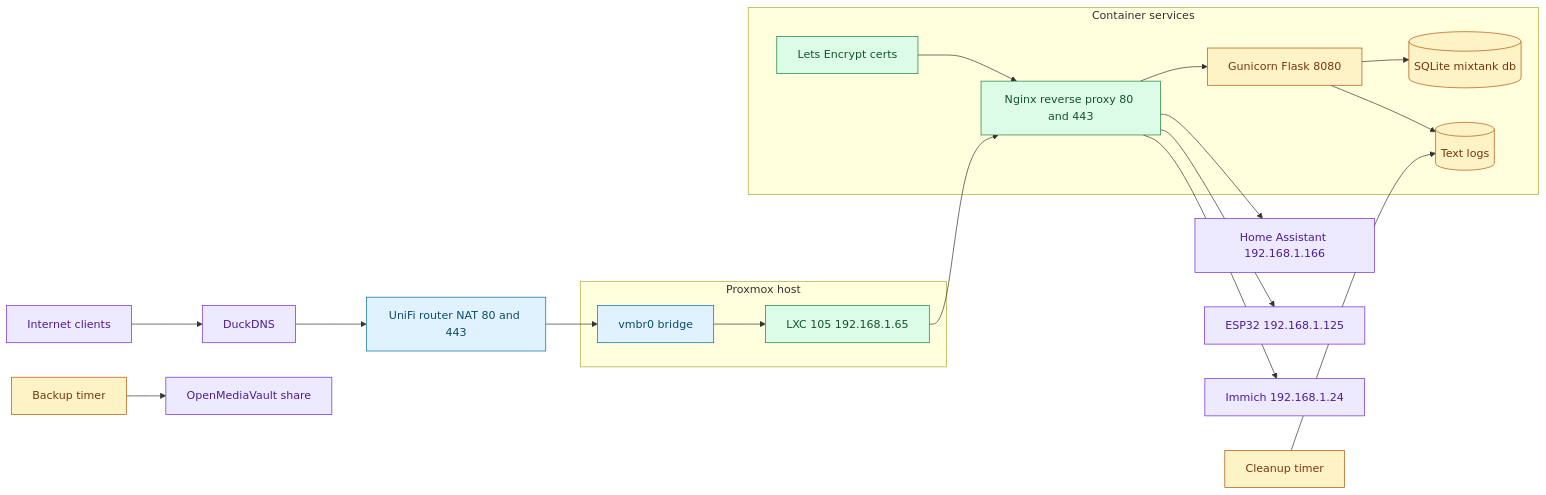
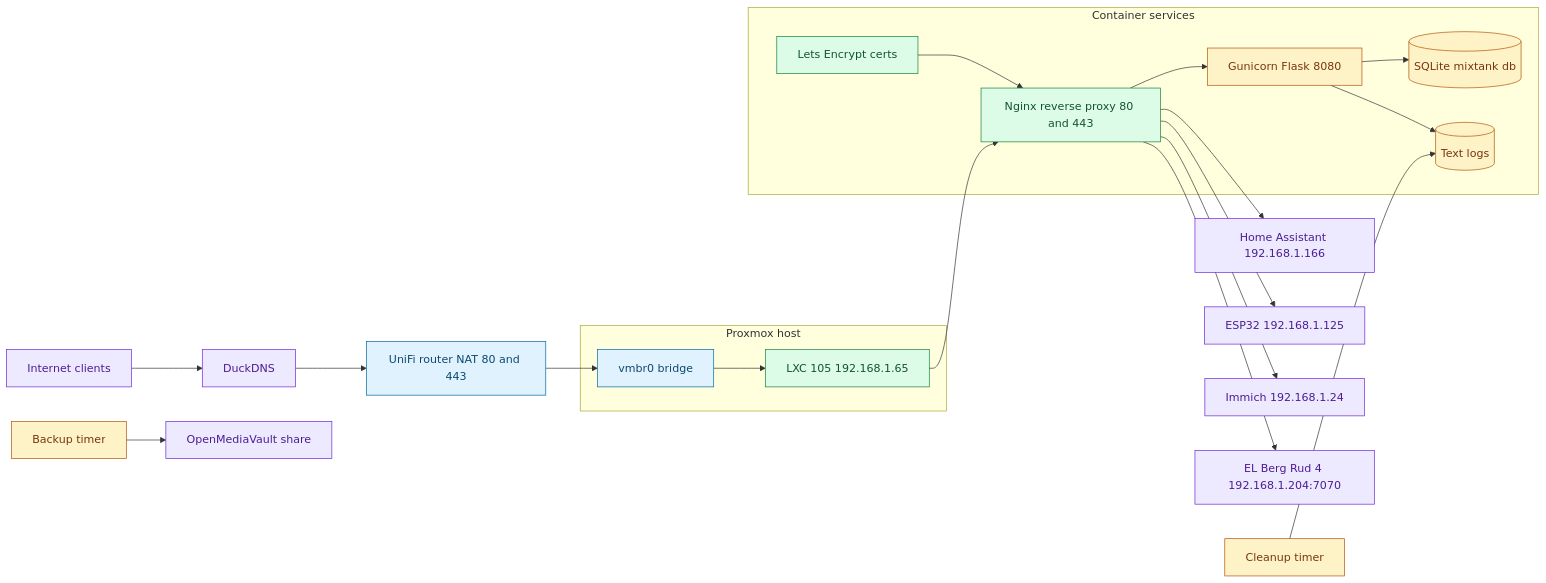
Before and after one commit to TomasAssemblinEL/ProxmoxPubliseradeWebbLoggar: the diagram in system-architecture.md, drawn with Mermaid. The commit also changed 5 other files, not shown here.

Commit message:
Add EL Berg Rud 4 proxy and portal entry

````diff
--- a/system-architecture.md
+++ b/system-architecture.md
@@ -5,39 +5,40 @@
 ```mermaid
 flowchart LR
     classDef edge fill:#e0f2fe,stroke:#0369a1,stroke-width:1px,color:#0c4a6e
     classDef core fill:#dcfce7,stroke:#15803d,stroke-width:1px,color:#14532d
     classDef app fill:#fef3c7,stroke:#b45309,stroke-width:1px,color:#78350f
     classDef ext fill:#ede9fe,stroke:#6d28d9,stroke-width:1px,color:#4c1d95
 
     Internet[Internet clients]:::ext --> DNS[DuckDNS]:::ext
     DNS --> Router[UniFi router NAT 80 and 443]:::edge
 
     subgraph ProxmoxHost[Proxmox host]
         Bridge[vmbr0 bridge]:::edge
         CT[LXC 105 192.168.1.65]:::core
         Bridge --> CT
     end
 
     Router --> Bridge
 
     subgraph LXCStack[Container services]
         Nginx[Nginx reverse proxy 80 and 443]:::core
         Flask[Gunicorn Flask 8080]:::app
         DB[(SQLite mixtank db)]:::app
         Logs[(Text logs)]:::app
         Certs[Lets Encrypt certs]:::core
         Nginx --> Flask
         Flask --> DB
         Flask --> Logs
         Certs --> Nginx
     end
 
     CT --> Nginx
 
     Nginx --> HA[Home Assistant 192.168.1.166]:::ext
     Nginx --> ESP32[ESP32 192.168.1.125]:::ext
     Nginx --> Immich[Immich 192.168.1.24]:::ext
+    Nginx --> ELBergRud4[EL Berg Rud 4 192.168.1.204:7070]:::ext
 
     Backup[Backup timer]:::app --> OMV[OpenMediaVault share]:::ext
     Cleanup[Cleanup timer]:::app --> Logs
 ```
````
